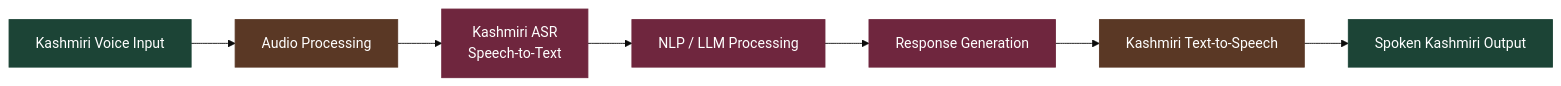
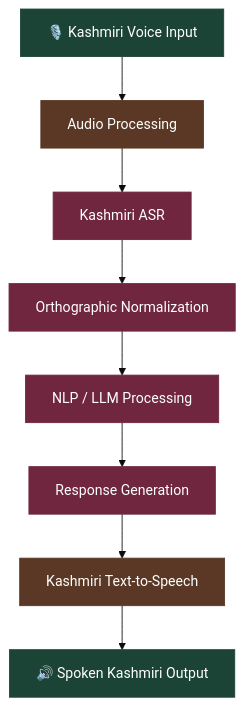
One commit to AseefBandey/kashmiri-voice-assistant changed the diagram in README.md. Above: the diagram before and after it, drawn with Mermaid (base theme). The commit also changed other lines of this file, not shown here.

````diff
--- a/README.md
+++ b/README.md
@@ -25,17 +35,22 @@
 ```mermaid
-flowchart LR
-    A["Kashmiri Voice Input"] --> B["Audio Processing"]
-    B --> C["Kashmiri ASR<br/>Speech-to-Text"]
-    C --> D["NLP / LLM Processing"]
-    D --> E["Response Generation"]
-    E --> F["Kashmiri Text-to-Speech"]
-    F --> G["Spoken Kashmiri Output"]
+flowchart TD
+    A["🎙️ Kashmiri Voice Input"]
+    B["Audio Processing"]
+    C["Kashmiri ASR"]
+    D["Orthographic Normalization"]
+    E["NLP / LLM Processing"]
+    F["Response Generation"]
+    G["Kashmiri Text-to-Speech"]
+    H["🔊 Spoken Kashmiri Output"]
 
-    classDef green fill:#1c4436,stroke:#1c4436,color:#fff;
-    classDef brown fill:#5a3825,stroke:#5a3825,color:#fff;
-    classDef maroon fill:#6f263e,stroke:#6f263e,color:#fff;
+    A --> B --> C --> D --> E --> F --> G --> H
 
-    class A,G green;
-    class B,F brown;
-    class C,D,E maroon;
+    style A fill:#1c4436,color:#fff,stroke:#1c4436
+    style H fill:#1c4436,color:#fff,stroke:#1c4436
+    style B fill:#5a3825,color:#fff,stroke:#5a3825
+    style G fill:#5a3825,color:#fff,stroke:#5a3825
+    style C fill:#6f263e,color:#fff,stroke:#6f263e
+    style D fill:#6f263e,color:#fff,stroke:#6f263e
+    style E fill:#6f263e,color:#fff,stroke:#6f263e
+    style F fill:#6f263e,color:#fff,stroke:#6f263e
 ```
````
